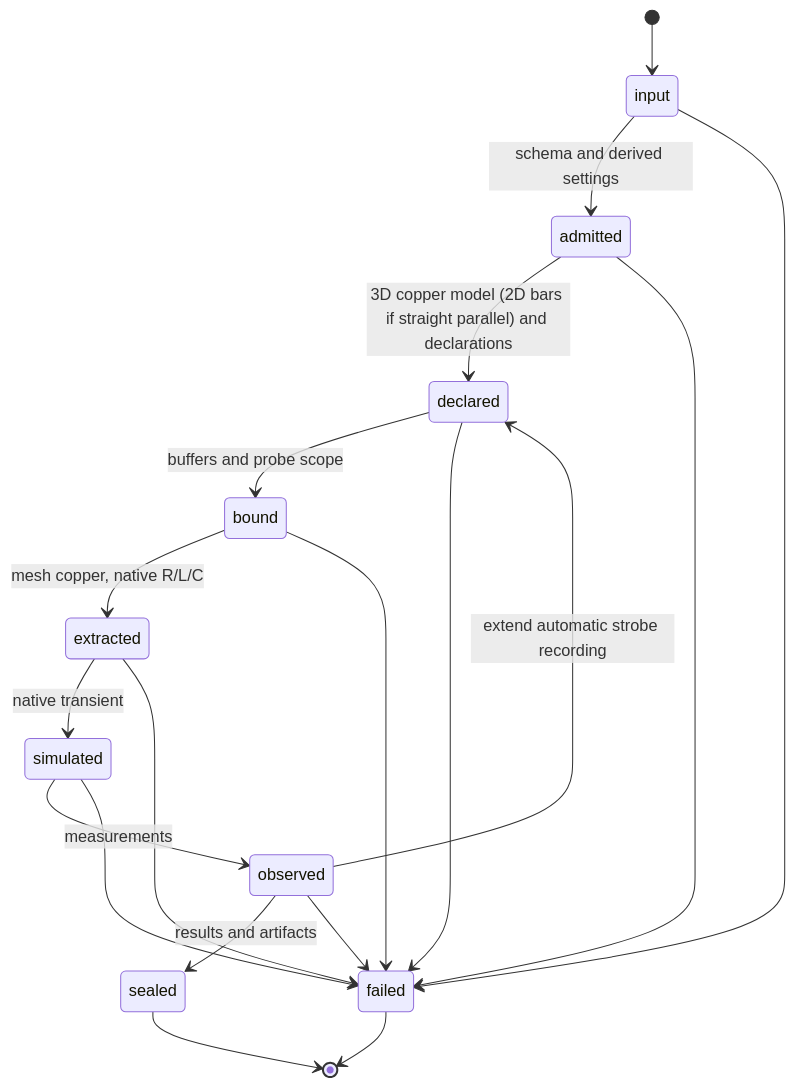
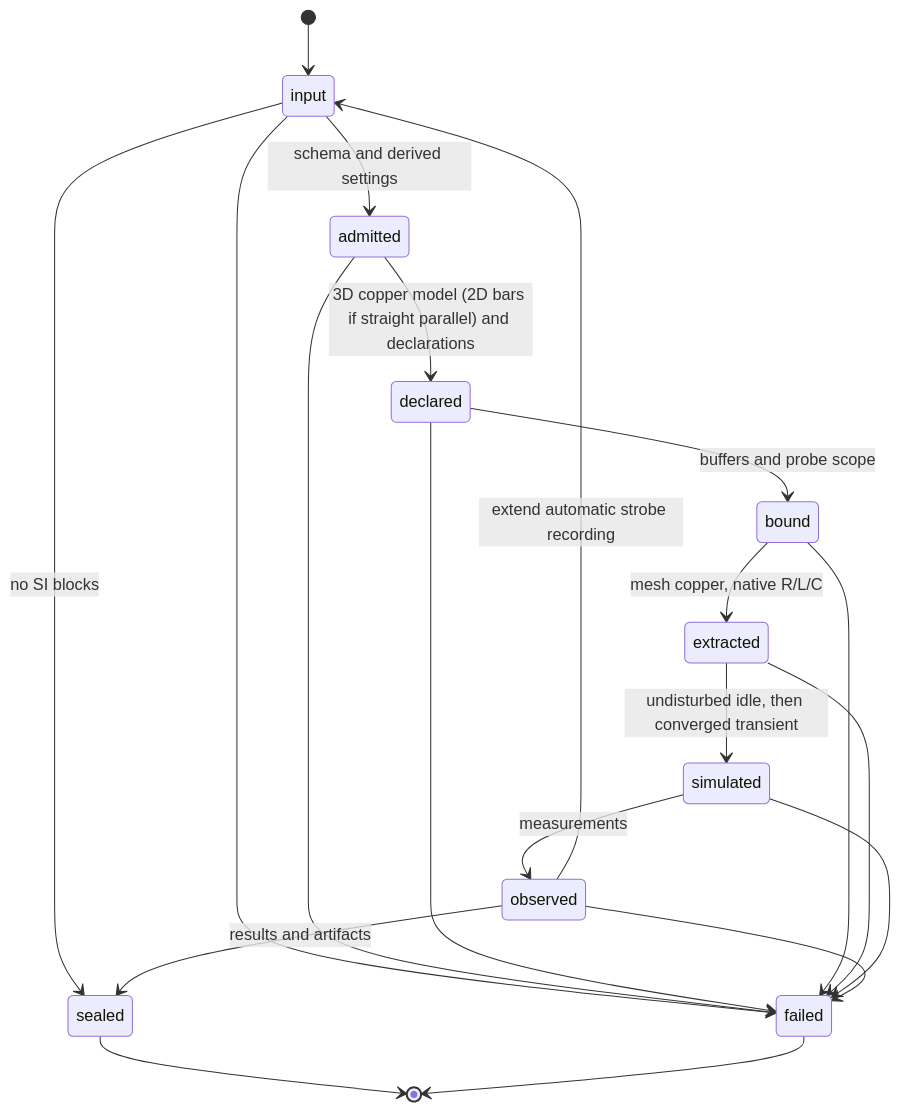
The second of 2 diagrams in docs/ARCHITECTURE.md (tscircuit/pcb-spice-pipeline), drawn with Mermaid before and after one commit. The commit also changed other lines of this file and 14 other files, not shown here.

````diff
--- a/docs/ARCHITECTURE.md
+++ b/docs/ARCHITECTURE.md
@@ -24,21 +25,22 @@
 ```mermaid
 stateDiagram-v2
   [*] --> input
   input --> admitted: schema and derived settings
+  input --> sealed: no SI blocks
   admitted --> declared: 3D copper model (2D bars if straight parallel) and declarations
   declared --> bound: buffers and probe scope
   bound --> extracted: mesh copper, native R/L/C
-  extracted --> simulated: native transient
+  extracted --> simulated: undisturbed idle, then converged transient
   simulated --> observed: measurements
-  observed --> declared: extend automatic strobe recording
+  observed --> input: extend automatic strobe recording
   observed --> sealed: results and artifacts
   input --> failed
   admitted --> failed
   declared --> failed
   bound --> failed
   extracted --> failed
   simulated --> failed
   observed --> failed
   sealed --> [*]
   failed --> [*]
 ```
````
